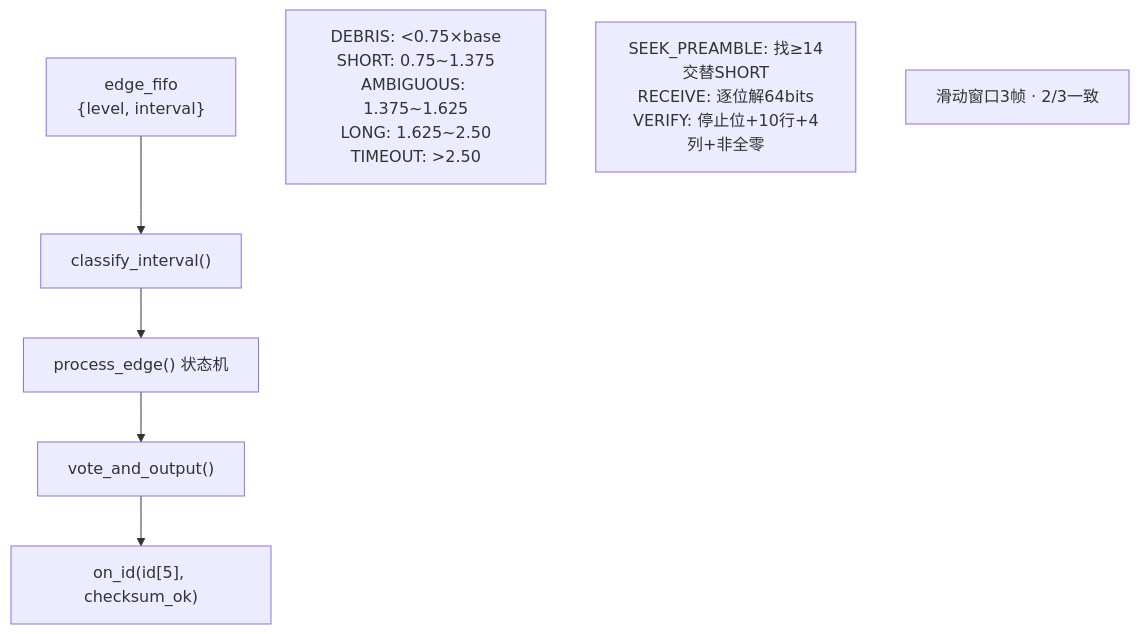
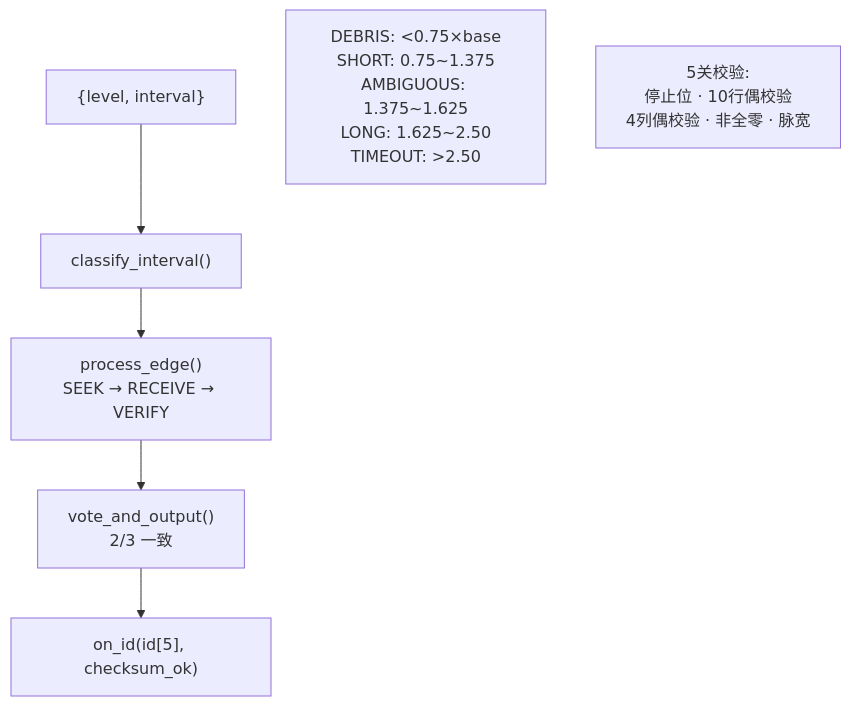
The sixth of 10 diagrams in 工作/SR3读卡器/260802SR3读卡器架构.md (Siaiai/ObsidianNote), drawn with Mermaid before and after one commit. The commit also changed other lines of this file, not shown here.

````diff
--- a/工作/SR3读卡器/260802SR3读卡器架构.md
+++ b/工作/SR3读卡器/260802SR3读卡器架构.md
@@ -546,13 +263,11 @@
 ```mermaid
 flowchart TD
-    INPUT["edge_fifo<br/>{level, interval}"] --> CLASS["classify_interval()"]
-    CLASS --> FSM["process_edge() 状态机"]
-    FSM --> VOTE["vote_and_output()"]
-    VOTE --> CB["on_id(id[5], checksum_ok)"]
+    IN["{level, interval}"] --> CLASS["classify_interval()"]
+    CLASS --> FSM["process_edge()<br/>SEEK → RECEIVE → VERIFY"]
+    FSM --> VOTE["vote_and_output()<br/>2/3 一致"]
+    VOTE --> OUT["on_id(id[5], checksum_ok)"]
 
-    CLASS_DETAIL["DEBRIS: <0.75×base<br/>SHORT: 0.75~1.375<br/>AMBIGUOUS: 1.375~1.625<br/>LONG: 1.625~2.50<br/>TIMEOUT: >2.50"]
+    CLASS_D["DEBRIS: <0.75×base<br/>SHORT: 0.75~1.375<br/>AMBIGUOUS: 1.375~1.625<br/>LONG: 1.625~2.50<br/>TIMEOUT: >2.50"]
 
-    FSM_DETAIL["SEEK_PREAMBLE: 找≥14交替SHORT<br/>RECEIVE: 逐位解64bits<br/>VERIFY: 停止位+10行+4列+非全零"]
-
-    VOTE_DETAIL["滑动窗口3帧 · 2/3一致"]
+    VERIFY_D["5关校验:<br/>停止位 · 10行偶校验<br/>4列偶校验 · 非全零 · 脉宽"]
 ```
````
